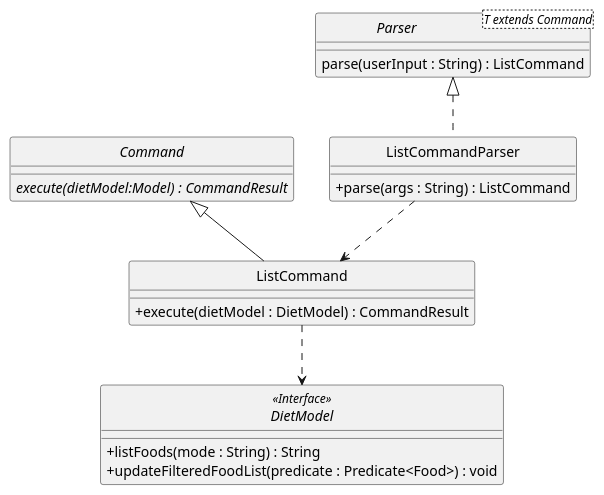
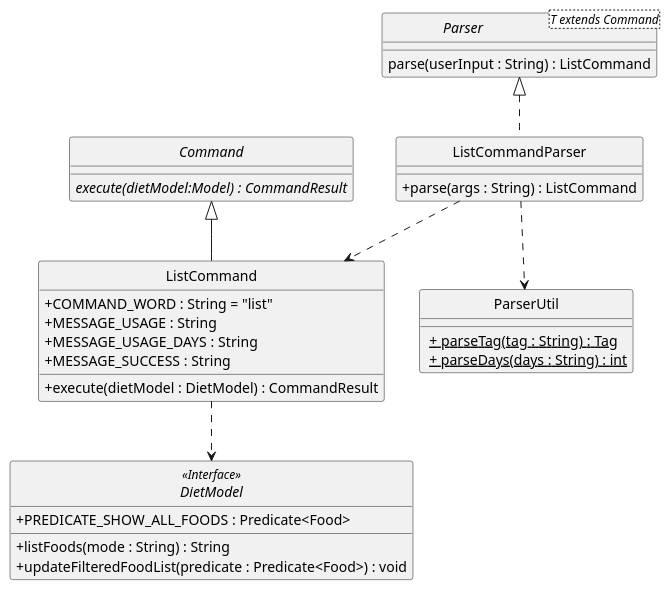
One commit to nus-cs2103-AY1920S2/addressbook-level3 changed the diagram in docs/diagrams/DietTrackerListCommandClassDiagram.puml. Above: the diagram before and after it, drawn with PlantUML. The commit also changed 3 other files, not shown here.

Commit message:
Update class diagrams

```diff
--- a/docs/diagrams/DietTrackerListCommandClassDiagram.puml
+++ b/docs/diagrams/DietTrackerListCommandClassDiagram.puml
@@ -1,45 +1,56 @@
 @startuml
 /' @author @akhilvuputuri'/
 /' Got inspiration and adapted
 from https://github.com/AY1920S2-CS2103T-W12-1/main/blob/master/docs/images/DeliveredClassDiagram.png '/
 
 skinparam backgroundColor #ffffff
 skinparam classAttributeIconSize 0
 hide circle
 
 
 class ListCommandParser implements Parser {
     /' Methods '/
     + parse(args : String) : ListCommand
 }
 
 interface Parser<T extends Command> {
     parse(userInput : String) : ListCommand
 }
 
 abstract class Command {
     {abstract} execute(dietModel:Model) : CommandResult
 }
 
 class ListCommand extends Command {
     /' Fields '/
+    + COMMAND_WORD : String = "list"
+    + MESSAGE_USAGE : String
+    + MESSAGE_USAGE_DAYS : String
+    + MESSAGE_SUCCESS : String
 
     /' Methods '/
     + execute(dietModel : DietModel) : CommandResult
 
 }
 
 interface DietModel <<Interface>> {
+    + PREDICATE_SHOW_ALL_FOODS : Predicate<Food>
 
     + listFoods(mode : String) : String
     + updateFilteredFoodList(predicate : Predicate<Food>) : void
 
 }
 
+class ParserUtil {
+    <u> + parseTag(tag : String) : Tag
+    <u> + parseDays(days : String) : int
+}
+
 
 
 ListCommandParser ..> ListCommand
+ListCommandParser ..> ParserUtil
 ListCommand ..> DietModel
 
 
 @enduml
```
